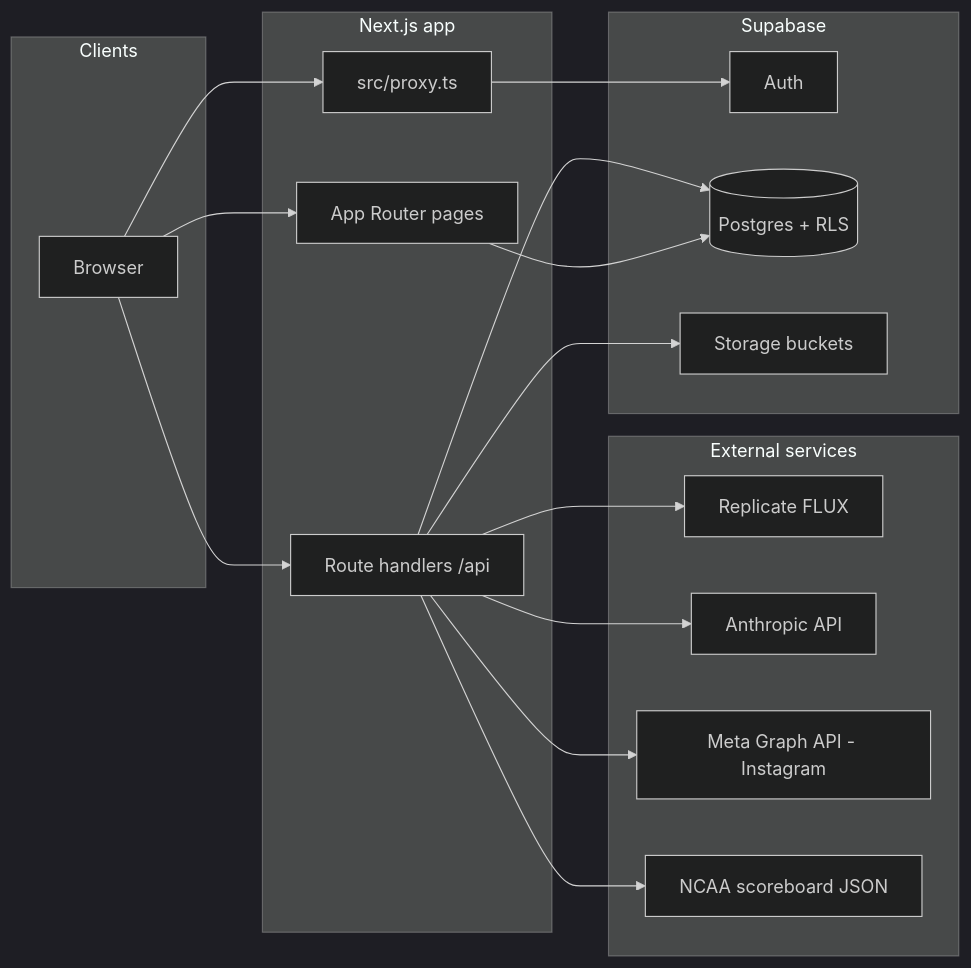
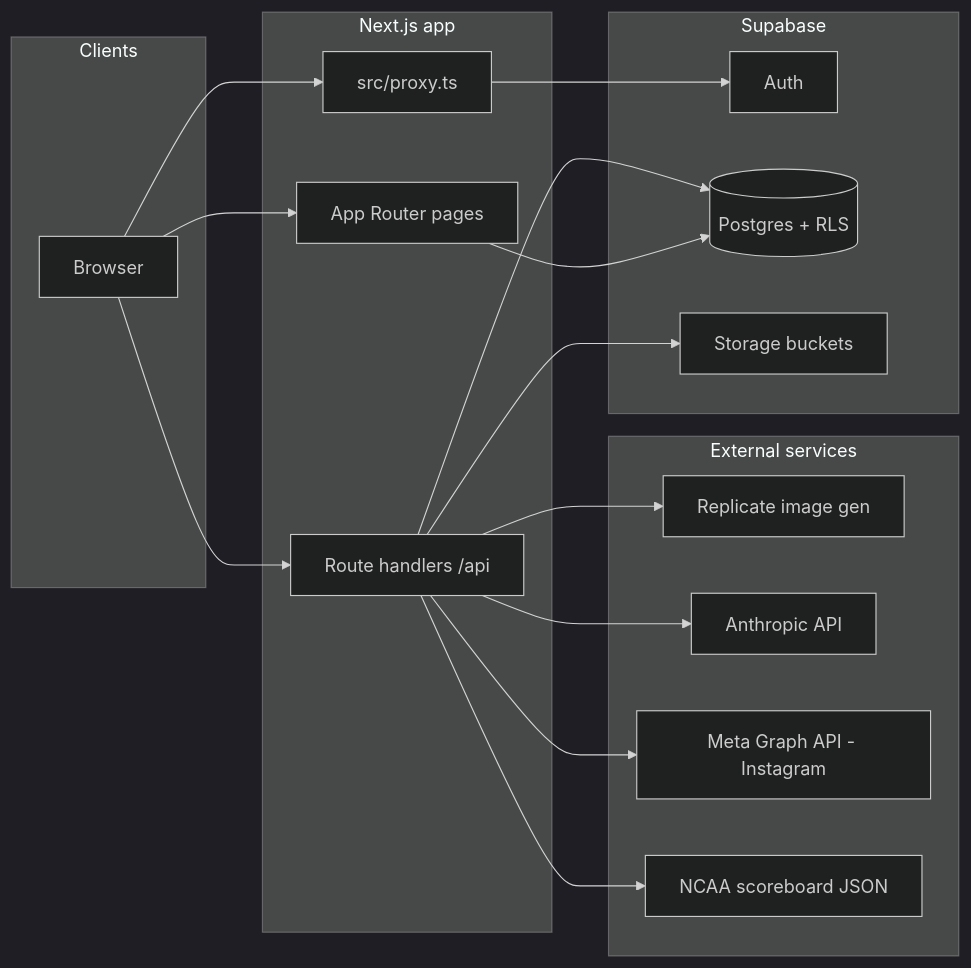
The diagram in ARCHITECTURE.md (HannahChukwu/sideline_main), drawn with Mermaid (dark theme) before and after one commit. The commit also changed other lines of this file and 29 other files, not shown here.

First line of the commit message:
Refactor designer portal and update architecture for team management

````diff
--- a/ARCHITECTURE.md
+++ b/ARCHITECTURE.md
@@ -25,37 +25,37 @@
 ```mermaid
 flowchart LR
   subgraph clients [Clients]
     Browser[Browser]
   end
 
   subgraph next [Next.js app]
     Pages[App Router pages]
     API[Route handlers /api]
     Proxy[src/proxy.ts]
   end
 
   subgraph supa [Supabase]
     Auth[Auth]
     PG[(Postgres + RLS)]
     Storage[Storage buckets]
   end
 
   subgraph external [External services]
-    Replicate[Replicate FLUX]
+    Replicate[Replicate image gen]
     Anthropic[Anthropic API]
     Meta[Meta Graph API - Instagram]
     NCAA[NCAA scoreboard JSON]
   end
 
   Browser --> Pages
   Browser --> API
   Browser --> Proxy
   Proxy --> Auth
   Pages --> PG
   API --> PG
   API --> Storage
   API --> Replicate
   API --> Anthropic
   API --> Meta
   API --> NCAA
 ```
````
